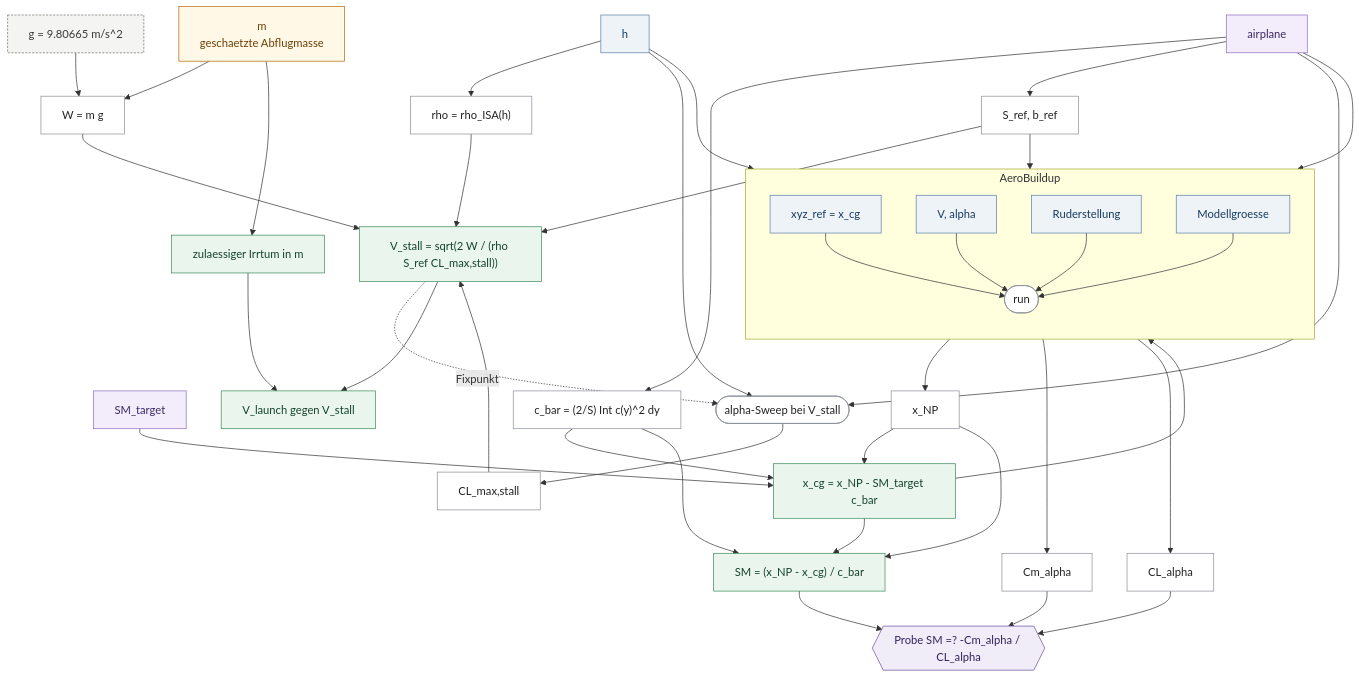
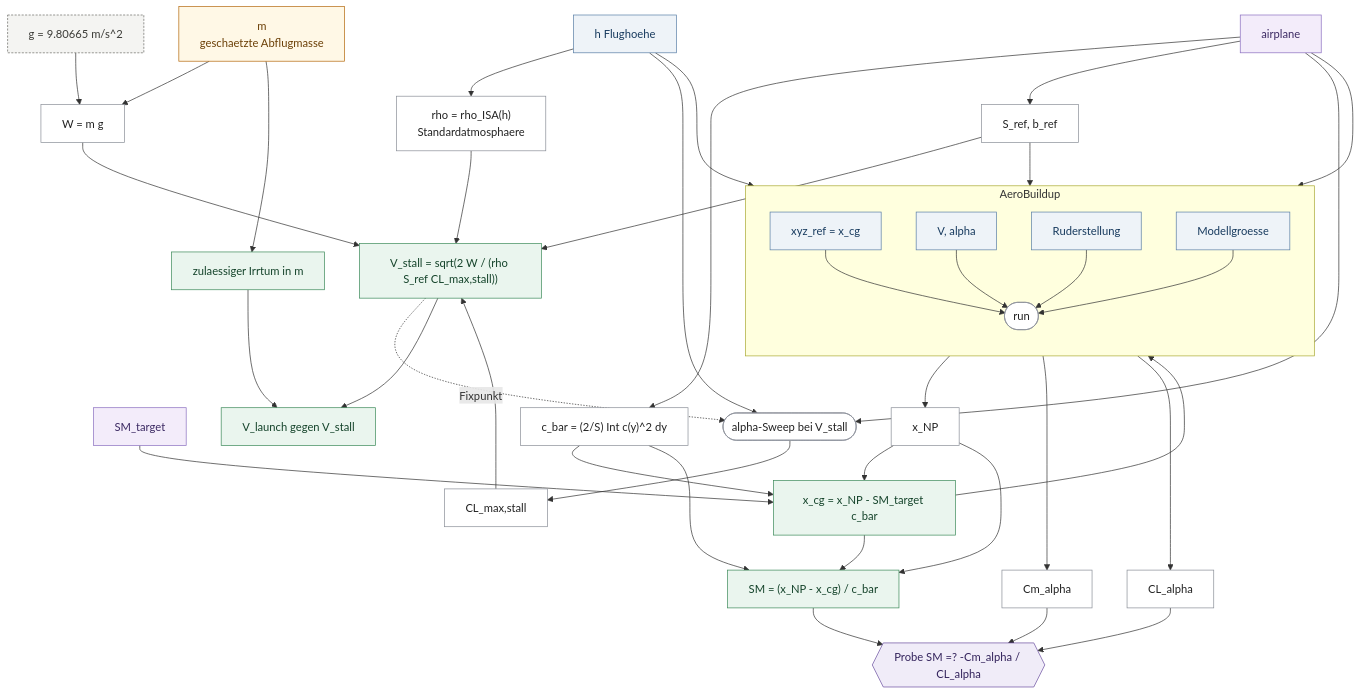
One commit to szymansk/da3Dalus changed the second of 2 diagrams in _reversa_sdd/calculations/canon/PFAD3.md. Above: the diagram before and after it, drawn with Mermaid. The commit also changed 1 other file, not shown here.

Commit message:
docs(spec): spell out the altitude input
h alone is not readable in an input band; it reads as Flughoehe with the
symbol beside it, and the atmosphere node names the standard it applies.

Claude-Session: https://claude.ai/code/session_01Mi6hrNvR7cmwACXYAoStnv

```diff
--- a/_reversa_sdd/calculations/canon/PFAD3.md
+++ b/_reversa_sdd/calculations/canon/PFAD3.md
@@ -434,12 +434,12 @@
   GEO["airplane"]:::choice
   SMT["SM_target"]:::choice
   MEST["m<br/>geschaetzte Abflugmasse"]:::est
-  HOEHE["h"]:::inp
+  HOEHE["h  Flughoehe"]:::inp
   GRAV["g = 9.80665 m/s^2"]:::konst
 
   MAC["c_bar = (2/S) Int c(y)^2 dy"]:::drv
   SREF["S_ref, b_ref"]:::drv
-  ATM["rho = rho_ISA(h)"]:::drv
+  ATM["rho = rho_ISA(h)<br/>Standardatmosphaere"]:::drv
   W["W = m g"]:::drv
 
   subgraph SOLVER["AeroBuildup"]
```
